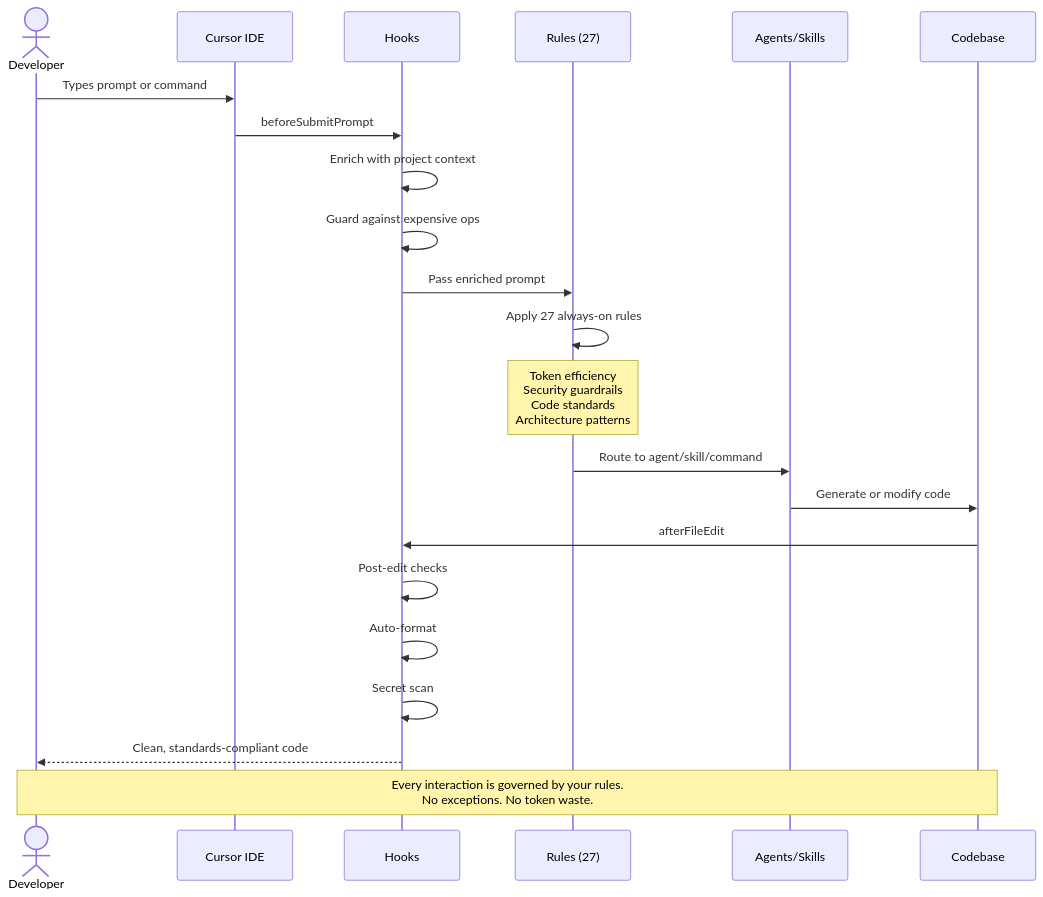
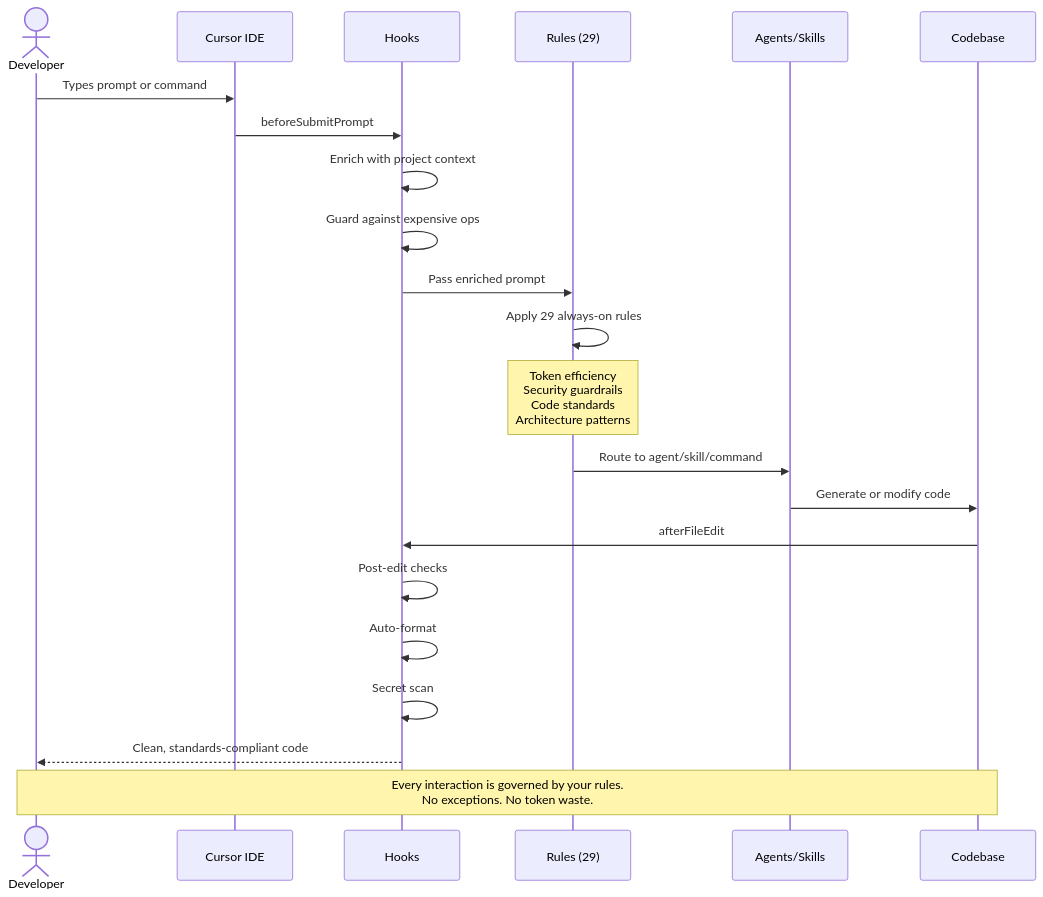
Before and after one commit to girijashankarj/cursor-handbook: the fourth of 11 diagrams in README.md, drawn with Mermaid. The commit also changed other lines of this file and 173 other files, not shown here.

````diff
--- a/README.md
+++ b/README.md
@@ -211,26 +307,26 @@
 ```mermaid
 sequenceDiagram
     actor Dev as Developer
     participant C as Cursor IDE
     participant H as Hooks
-    participant R as Rules (27)
+    participant R as Rules (29)
     participant A as Agents/Skills
     participant Code as Codebase
 
     Dev->>C: Types prompt or command
     C->>H: beforeSubmitPrompt
     H->>H: Enrich with project context
     H->>H: Guard against expensive ops
     H->>R: Pass enriched prompt
-    R->>R: Apply 27 always-on rules
+    R->>R: Apply 29 always-on rules
     Note over R: Token efficiency<br/>Security guardrails<br/>Code standards<br/>Architecture patterns
     R->>A: Route to agent/skill/command
     A->>Code: Generate or modify code
     Code->>H: afterFileEdit
     H->>H: Post-edit checks
     H->>H: Auto-format
     H->>H: Secret scan
     H-->>Dev: Clean, standards-compliant code
 
     Note over Dev,Code: Every interaction is governed by your rules.<br/>No exceptions. No token waste.
 ```
````
